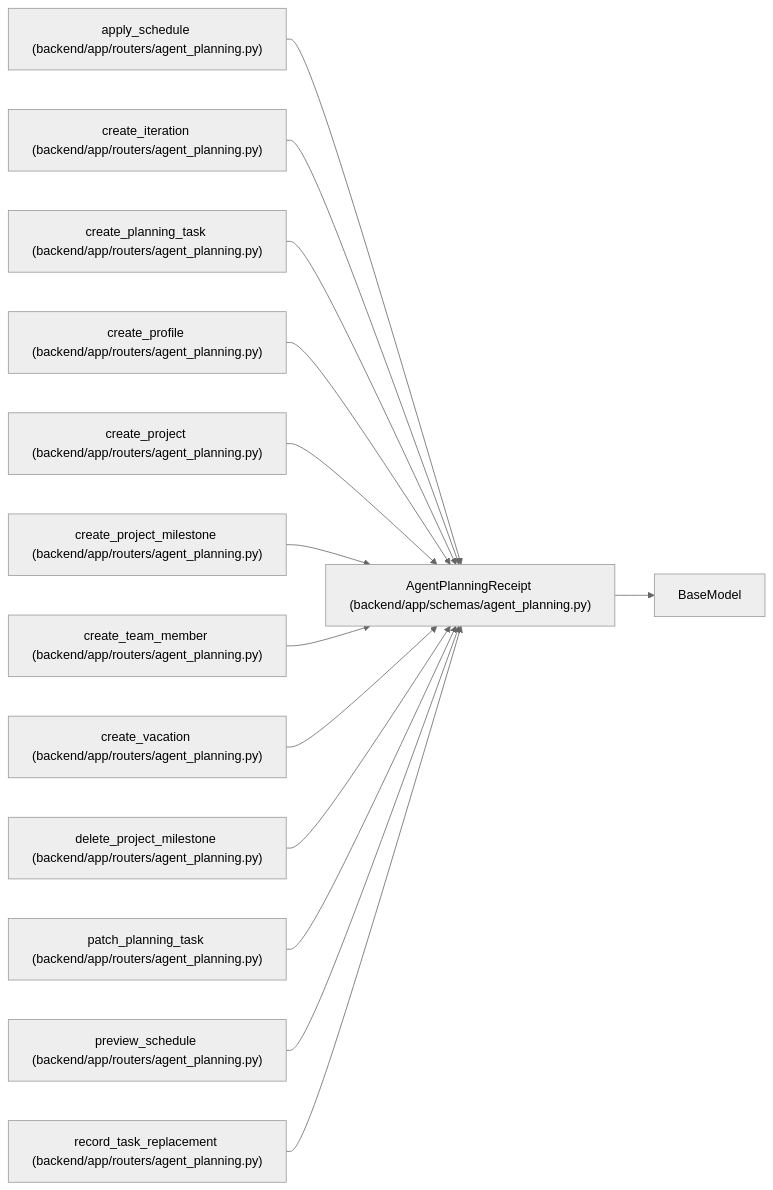
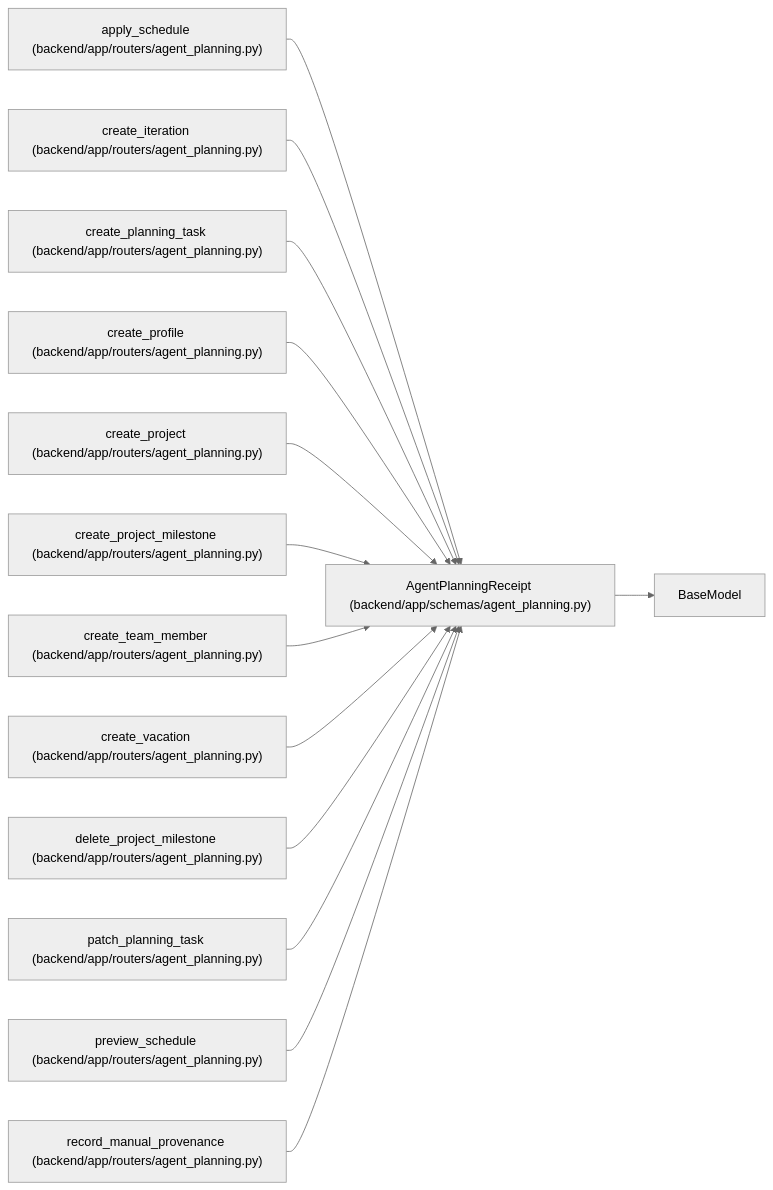
One commit to Denissvgn/WorkChord changed the diagram in docs/llm_wiki/entities/AgentPlanningReceipt.md. Above: the diagram before and after it, drawn with Mermaid (neutral theme). The commit also changed other lines of this file and 880 other files, not shown here.

Commit message:
Sync the architectural wiki for manual execution provenance

````diff
--- a/docs/llm_wiki/entities/AgentPlanningReceipt.md
+++ b/docs/llm_wiki/entities/AgentPlanningReceipt.md
@@ -38,43 +38,43 @@
 ```mermaid
 flowchart LR
     n0["AgentPlanningReceipt (backend/app/schemas/agent_planning.py)"]
     n1["BaseModel"]
     n2["apply_schedule (backend/app/routers/agent_planning.py)"]
     n3["create_iteration (backend/app/routers/agent_planning.py)"]
     n4["create_planning_task (backend/app/routers/agent_planning.py)"]
     n5["create_profile (backend/app/routers/agent_planning.py)"]
     n6["create_project (backend/app/routers/agent_planning.py)"]
     n7["create_project_milestone (backend/app/routers/agent_planning.py)"]
     n8["create_team_member (backend/app/routers/agent_planning.py)"]
     n9["create_vacation (backend/app/routers/agent_planning.py)"]
     n10["delete_project_milestone (backend/app/routers/agent_planning.py)"]
     n11["patch_planning_task (backend/app/routers/agent_planning.py)"]
     n12["preview_schedule (backend/app/routers/agent_planning.py)"]
-    n13["record_task_replacement (backend/app/routers/agent_planning.py)"]
+    n13["record_manual_provenance (backend/app/routers/agent_planning.py)"]
     n0 --> n1
     n2 --> n0
     n3 --> n0
     n4 --> n0
     n5 --> n0
     n6 --> n0
     n7 --> n0
     n8 --> n0
     n9 --> n0
     n10 --> n0
     n11 --> n0
     n12 --> n0
     n13 --> n0
     click n0 "../modules/schemas_agent_planning.md"
     click n2 "../modules/routers_agent_planning.md"
     click n3 "../modules/routers_agent_planning.md"
     click n4 "../modules/routers_agent_planning.md"
     click n5 "../modules/routers_agent_planning.md"
     click n6 "../modules/routers_agent_planning.md"
     click n7 "../modules/routers_agent_planning.md"
     click n8 "../modules/routers_agent_planning.md"
     click n9 "../modules/routers_agent_planning.md"
     click n10 "../modules/routers_agent_planning.md"
     click n11 "../modules/routers_agent_planning.md"
     click n12 "../modules/routers_agent_planning.md"
     click n13 "../modules/routers_agent_planning.md"
 ```
````
